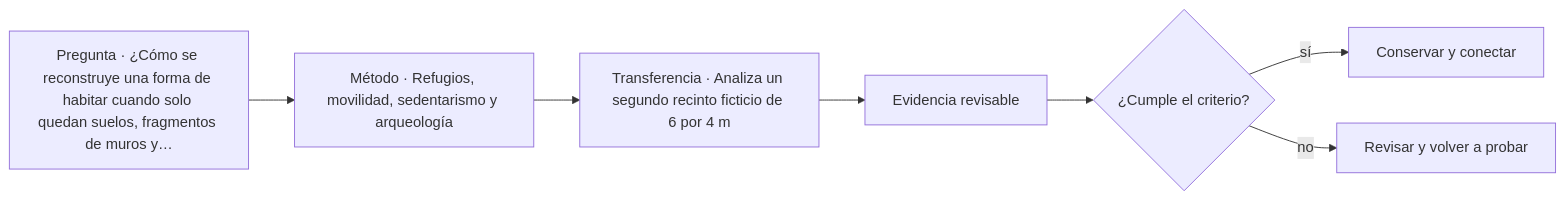
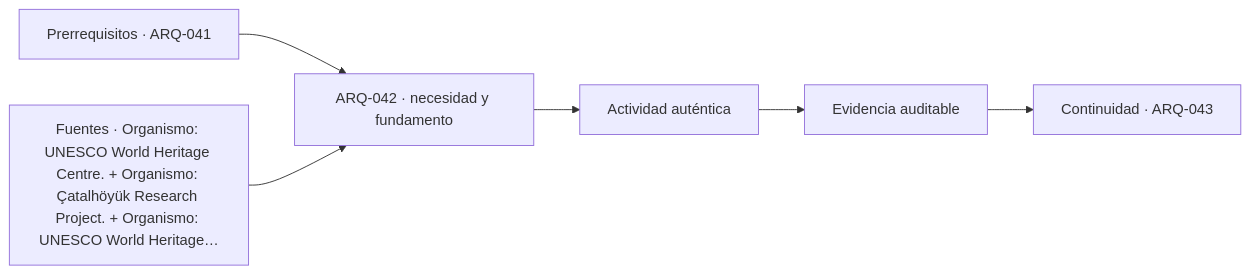
One commit to vladimiracunadev-create/architecture-built-environment-learning-program changed the diagram in classes/parte-05/ARQ-042.md. Above: the diagram before and after it, drawn with Mermaid. The commit also changed other lines of this file and 761 other files, not shown here.

````diff
--- a/classes/parte-05/ARQ-042.md
+++ b/classes/parte-05/ARQ-042.md
@@ -127,9 +139,8 @@
 ```mermaid
 flowchart LR
-    Q["Pregunta · ¿Cómo se reconstruye una forma de habitar cuando solo quedan suelos, fragmentos de muros y…"] --> M["Método · Refugios, movilidad, sedentarismo y arqueología"]
-    M --> P["Transferencia · Analiza un segundo recinto ficticio de 6 por 4 m"]
-    P --> E["Evidencia revisable"]
-    E --> C{"¿Cumple el criterio?"}
-    C -->|sí| T["Conservar y conectar"]
-    C -->|no| R["Revisar y volver a probar"]
+    A["Prerrequisitos · ARQ-041"] --> B["ARQ-042 · necesidad y fundamento"]
+    S["Fuentes · Organismo: UNESCO World Heritage Centre. + Organismo: Çatalhöyük Research Project. + Organismo: UNESCO World Heritage…"] --> B
+    B --> C["Actividad auténtica"]
+    C --> D["Evidencia auditable"]
+    D --> E["Continuidad · ARQ-043"]
 ```
````
